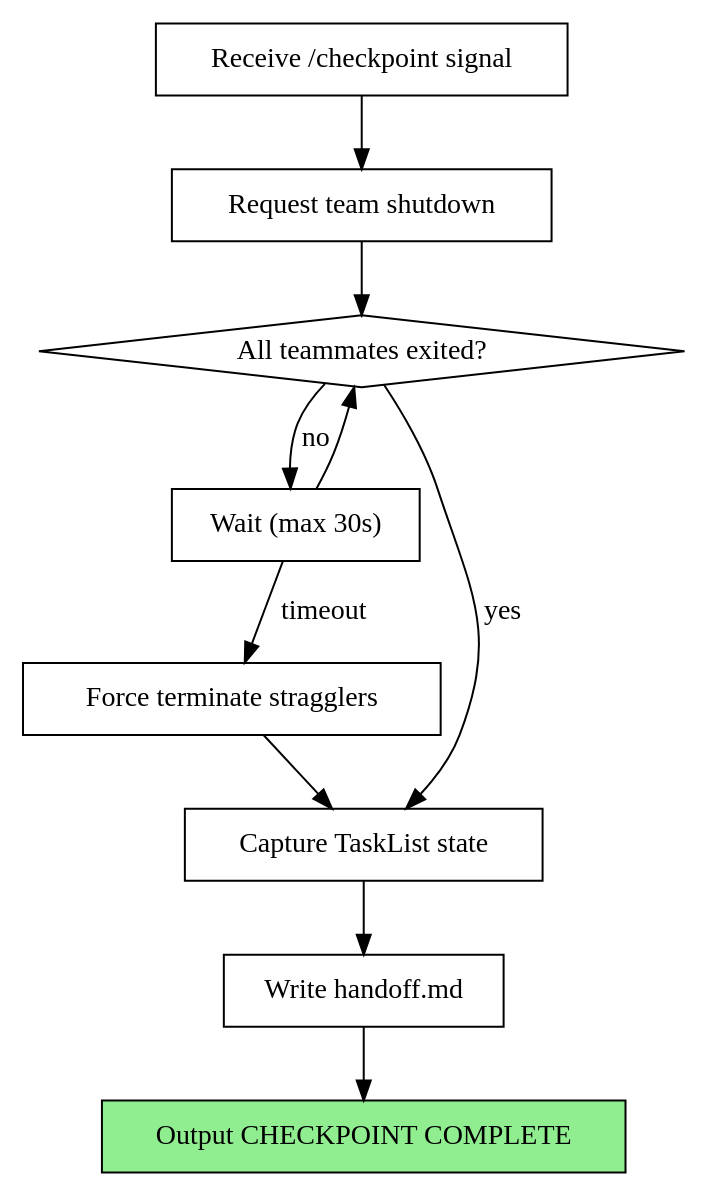
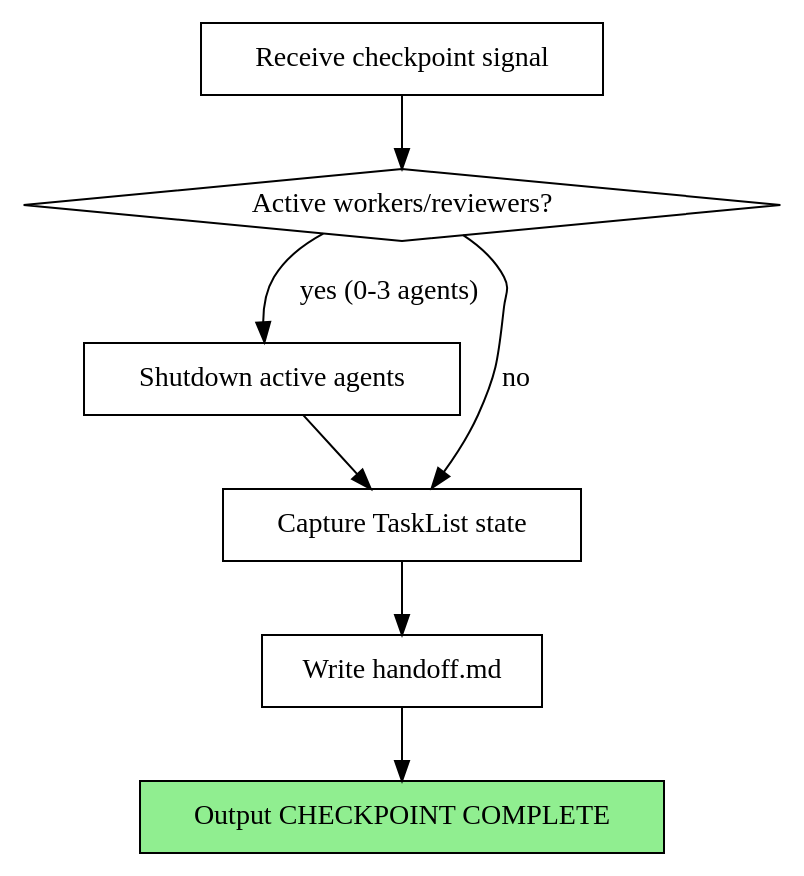
The diagram in skills/checkpoint/SKILL.md (joshuabates/tina), drawn with Graphviz before and after one commit. The commit also changed other lines of this file, not shown here.

Commit message:
feat: simplify checkpoint for ephemeral team model

````diff
--- a/skills/checkpoint/SKILL.md
+++ b/skills/checkpoint/SKILL.md
@@ -28,24 +28,19 @@
 ```dot
 digraph checkpoint {
     rankdir=TB;
 
-    "Receive /checkpoint signal" [shape=box];
-    "Request team shutdown" [shape=box];
-    "All teammates exited?" [shape=diamond];
-    "Wait (max 30s)" [shape=box];
-    "Force terminate stragglers" [shape=box];
+    "Receive checkpoint signal" [shape=box];
+    "Active workers/reviewers?" [shape=diamond];
+    "Shutdown active agents" [shape=box];
     "Capture TaskList state" [shape=box];
     "Write handoff.md" [shape=box];
     "Output CHECKPOINT COMPLETE" [shape=box style=filled fillcolor=lightgreen];
 
-    "Receive /checkpoint signal" -> "Request team shutdown";
-    "Request team shutdown" -> "All teammates exited?";
-    "All teammates exited?" -> "Capture TaskList state" [label="yes"];
-    "All teammates exited?" -> "Wait (max 30s)" [label="no"];
-    "Wait (max 30s)" -> "All teammates exited?";
-    "Wait (max 30s)" -> "Force terminate stragglers" [label="timeout"];
-    "Force terminate stragglers" -> "Capture TaskList state";
+    "Receive checkpoint signal" -> "Active workers/reviewers?";
+    "Active workers/reviewers?" -> "Shutdown active agents" [label="yes (0-3 agents)"];
+    "Active workers/reviewers?" -> "Capture TaskList state" [label="no"];
+    "Shutdown active agents" -> "Capture TaskList state";
     "Capture TaskList state" -> "Write handoff.md";
     "Write handoff.md" -> "Output CHECKPOINT COMPLETE";
 }
 ```
````
